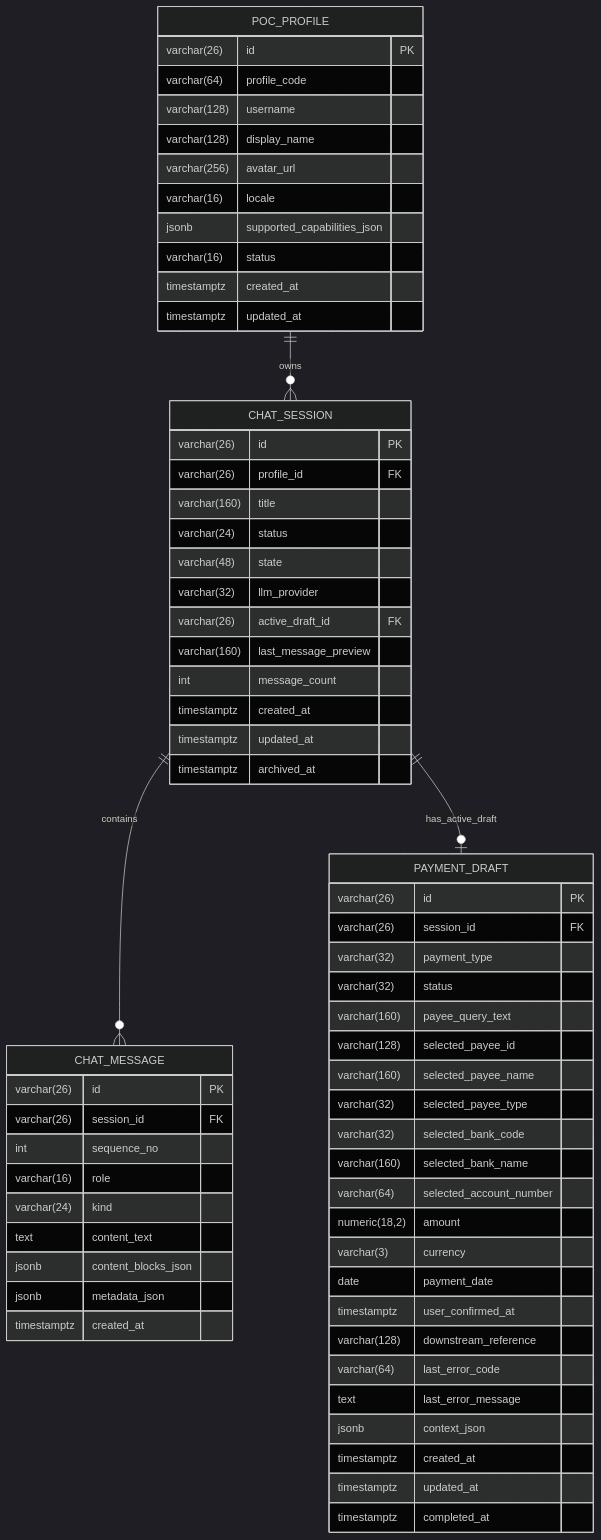
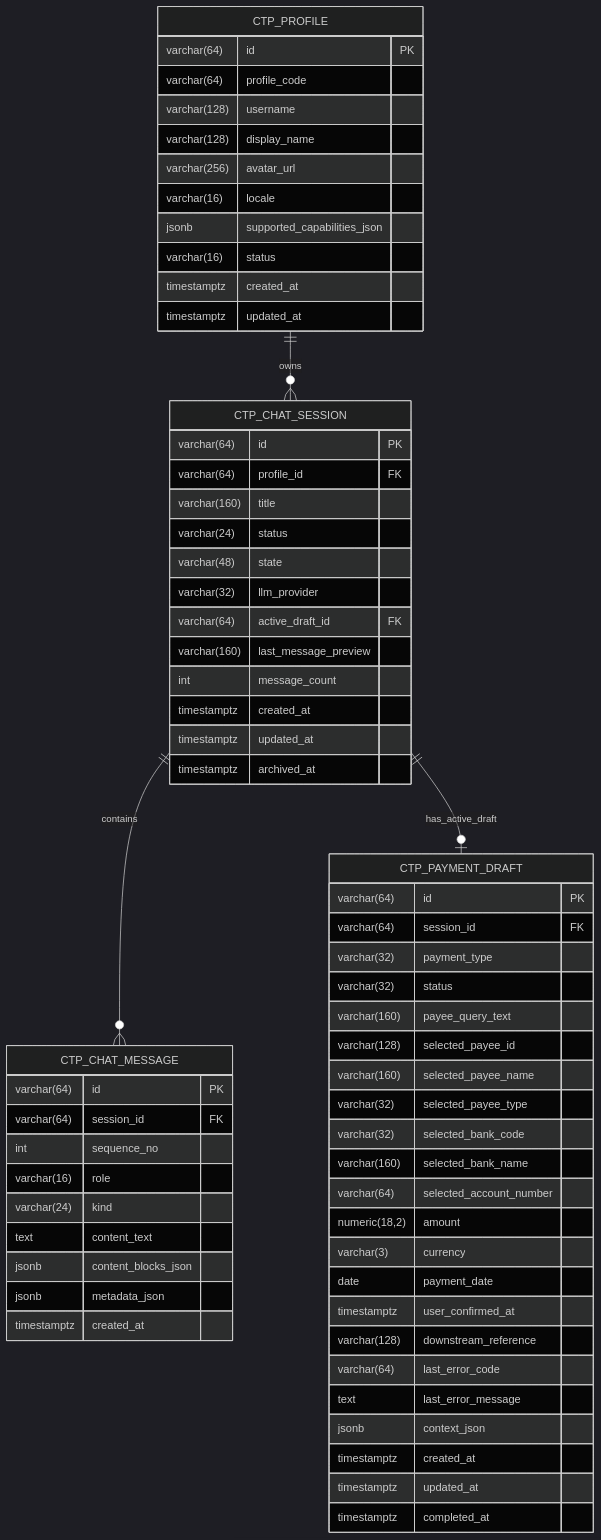
The diagram in docs/03-db_design.md (VictorZhong/chat2pay), drawn with Mermaid (dark theme) before and after one commit. The commit also changed other lines of this file and 28 other files, not shown here.

````diff
--- a/docs/03-db_design.md
+++ b/docs/03-db_design.md
@@ -41,71 +45,71 @@
 ```mermaid
 erDiagram
-    POC_PROFILE ||--o{ CHAT_SESSION : owns
-    CHAT_SESSION ||--o{ CHAT_MESSAGE : contains
-    CHAT_SESSION ||--o| PAYMENT_DRAFT : has_active_draft
+    CTP_PROFILE ||--o{ CTP_CHAT_SESSION : owns
+    CTP_CHAT_SESSION ||--o{ CTP_CHAT_MESSAGE : contains
+    CTP_CHAT_SESSION ||--o| CTP_PAYMENT_DRAFT : has_active_draft
 
-    POC_PROFILE {
-        varchar(26) id PK
+    CTP_PROFILE {
+        varchar(64) id PK
         varchar(64) profile_code
         varchar(128) username
         varchar(128) display_name
         varchar(256) avatar_url
         varchar(16) locale
         jsonb supported_capabilities_json
         varchar(16) status
         timestamptz created_at
         timestamptz updated_at
     }
 
-    CHAT_SESSION {
-        varchar(26) id PK
-        varchar(26) profile_id FK
+    CTP_CHAT_SESSION {
+        varchar(64) id PK
+        varchar(64) profile_id FK
         varchar(160) title
         varchar(24) status
         varchar(48) state
         varchar(32) llm_provider
-        varchar(26) active_draft_id FK
+        varchar(64) active_draft_id FK
         varchar(160) last_message_preview
         int message_count
         timestamptz created_at
         timestamptz updated_at
         timestamptz archived_at
     }
 
-    CHAT_MESSAGE {
-        varchar(26) id PK
-        varchar(26) session_id FK
+    CTP_CHAT_MESSAGE {
+        varchar(64) id PK
+        varchar(64) session_id FK
         int sequence_no
         varchar(16) role
         varchar(24) kind
         text content_text
         jsonb content_blocks_json
         jsonb metadata_json
         timestamptz created_at
     }
 
-    PAYMENT_DRAFT {
-        varchar(26) id PK
-        varchar(26) session_id FK
+    CTP_PAYMENT_DRAFT {
+        varchar(64) id PK
+        varchar(64) session_id FK
         varchar(32) payment_type
         varchar(32) status
         varchar(160) payee_query_text
         varchar(128) selected_payee_id
         varchar(160) selected_payee_name
         varchar(32) selected_payee_type
         varchar(32) selected_bank_code
         varchar(160) selected_bank_name
         varchar(64) selected_account_number
         numeric(18,2) amount
         varchar(3) currency
         date payment_date
         timestamptz user_confirmed_at
         varchar(128) downstream_reference
         varchar(64) last_error_code
         text last_error_message
         jsonb context_json
         timestamptz created_at
         timestamptz updated_at
         timestamptz completed_at
     }
 ```
````
